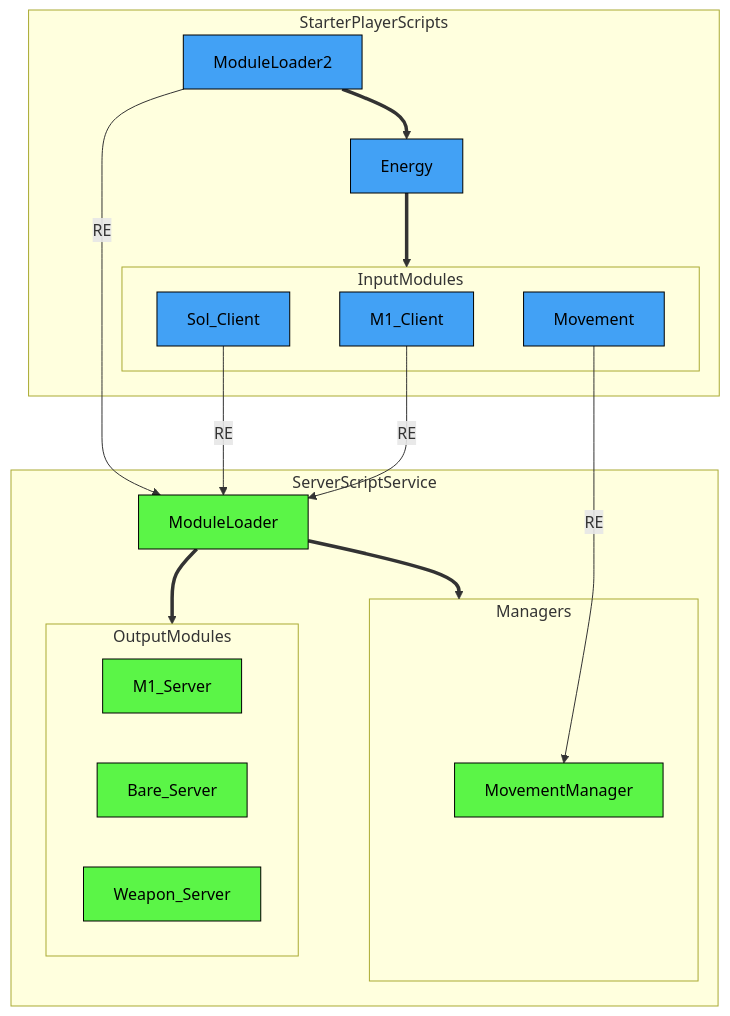
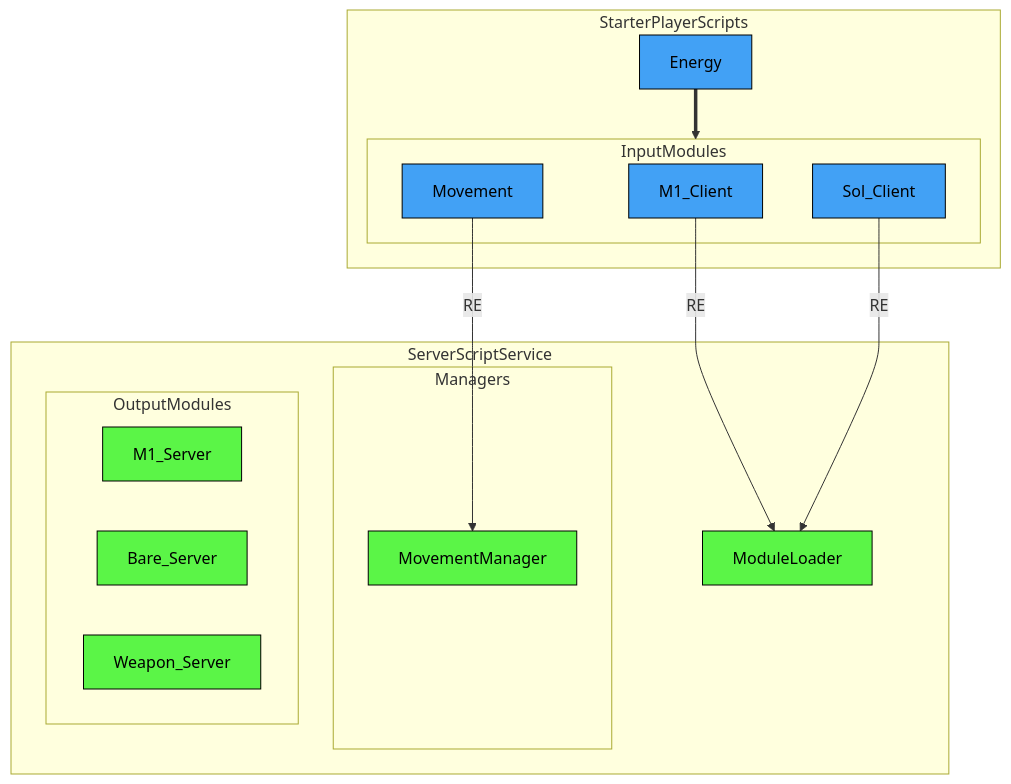
One commit to altair5607249/Crusaders-Game changed the first of 5 diagrams in README.md. Above: the diagram before and after it, drawn with Mermaid.

````diff
--- a/README.md
+++ b/README.md
@@ -51,46 +51,39 @@
 ```mermaid
 flowchart TB;
 
   classDef serverNode fill:#5bf547,stroke:#000000,color:#000000
   classDef clientNode fill:#42a1f5,stroke:#000000,color:#000000
 
   subgraph StarterPlayerScripts
-    ModuleLoader2;
     Energy;
 
     subgraph InputModules
       M1_Client;
       Sol_Client;
       Movement;
     end
   end
 
   subgraph ServerScriptService
     ModuleLoader;
 
     subgraph Managers
       MovementManager;
     end
 
     subgraph OutputModules
       M1_Server;
       Bare_Server;
       Weapon_Server;
     end
   end
 
-  ModuleLoader2==>Energy
   Energy==>InputModules
 
   M1_Client-->|RE| ModuleLoader
   Sol_Client-->|RE| ModuleLoader
   Movement-->|RE| MovementManager
 
-  ModuleLoader2-->|RE| ModuleLoader
-
-  ModuleLoader==>Managers
-  ModuleLoader==>OutputModules
-
   class ModuleLoader,MovementManager,M1_Server,Bare_Server,Weapon_Server serverNode;
-  class ModuleLoader2,Energy,M1_Client,Sol_Client,Movement clientNode;
+  class Energy,M1_Client,Sol_Client,Movement clientNode;
 ```
````
